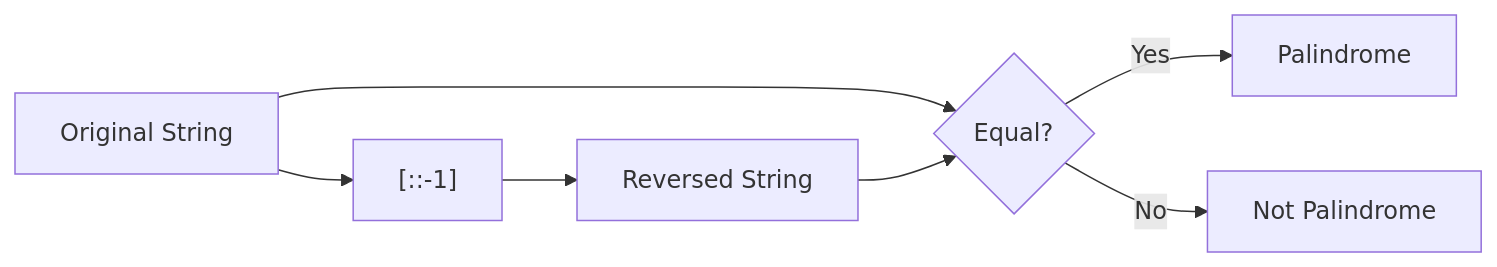
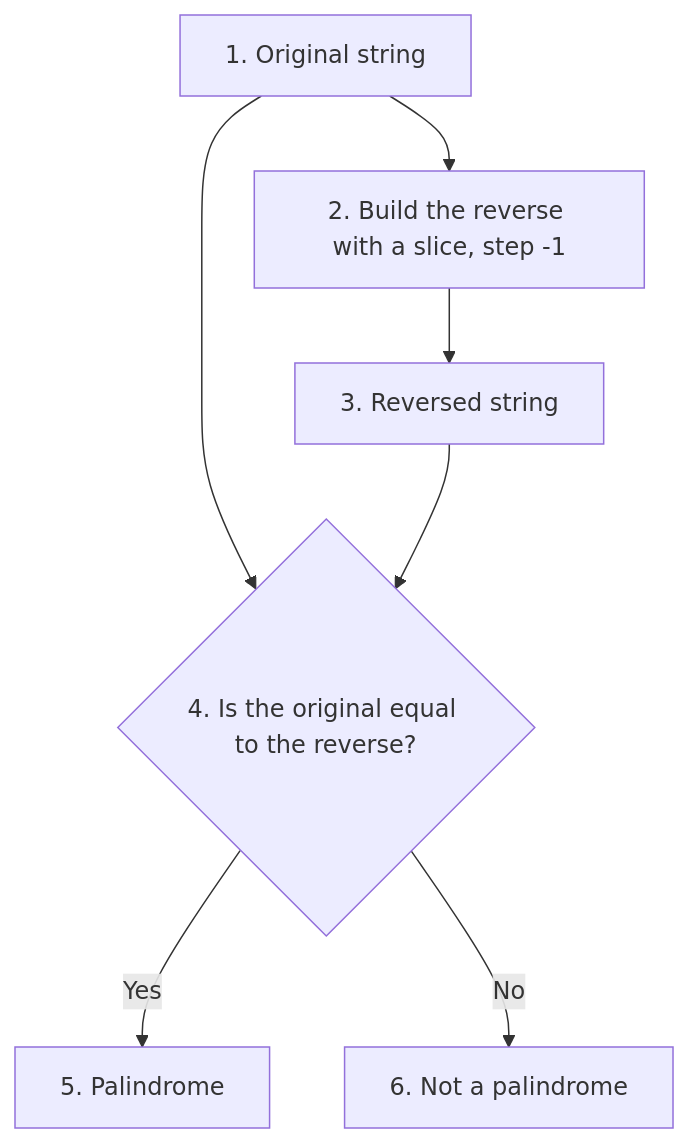
Before and after one commit to ag999git/001-mkdocs: diagram 16 of 18 in docs/17-strings/080-ch17-conceptual-qa.md, drawn with Mermaid. The commit also changed other lines of this file, not shown here.

````diff
--- a/docs/17-strings/080-ch17-conceptual-qa.md
+++ b/docs/17-strings/080-ch17-conceptual-qa.md
@@ -2127,17 +4402,9 @@
 ```mermaid
-flowchart LR
-
-A["Original String"]
-
-A --> B["[::-1]"]
-
-B --> C["Reversed String"]
-
-A --> D{"Equal?"}
-
-C --> D
-
-D -->|Yes| E["Palindrome"]
-
-D -->|No| F["Not Palindrome"]
+flowchart TD
+    A["1. Original string"] --> B["2. Build the reverse with a slice, step -1"]
+    B --> C["3. Reversed string"]
+    A --> D{"4. Is the original equal to the reverse?"}
+    C --> D
+    D -->|"Yes"| E["5. Palindrome"]
+    D -->|"No"| F["6. Not a palindrome"]
 ```
````
